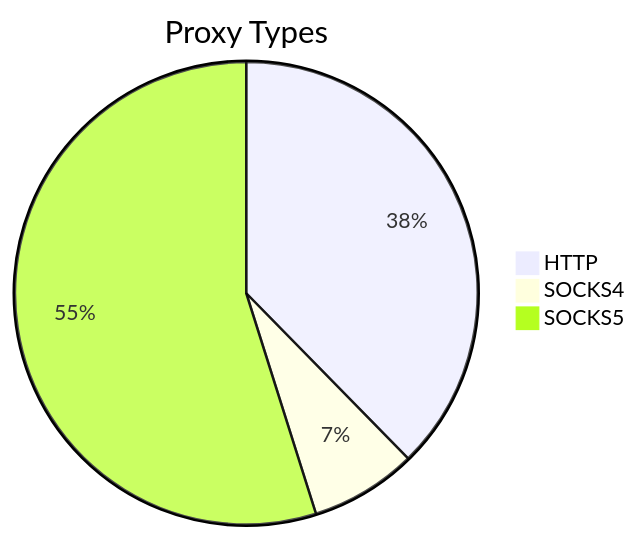
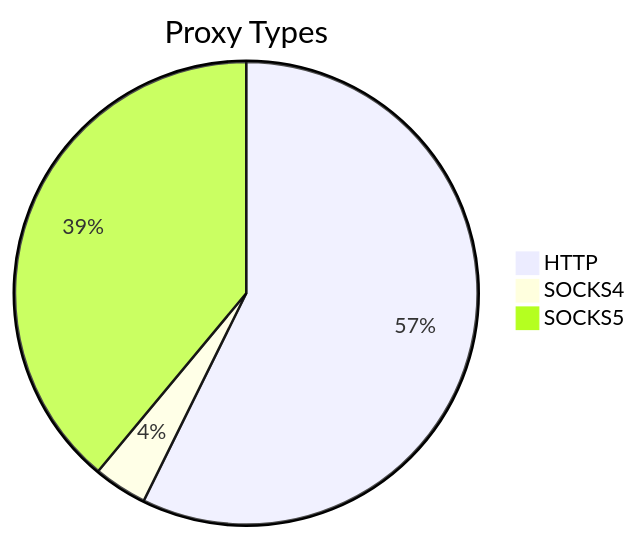
Before and after one commit to stormsia/proxy-list: the first of 2 diagrams in README.md, drawn with Mermaid. The commit also changed other lines of this file, not shown here.

````diff
--- a/README.md
+++ b/README.md
@@ -21,6 +21,6 @@
 ```mermaid
 pie title Proxy Types
-    "HTTP" : 429
-    "SOCKS4" : 85
-    "SOCKS5" : 625
+    "HTTP" : 306
+    "SOCKS4" : 20
+    "SOCKS5" : 208
 ```
````
